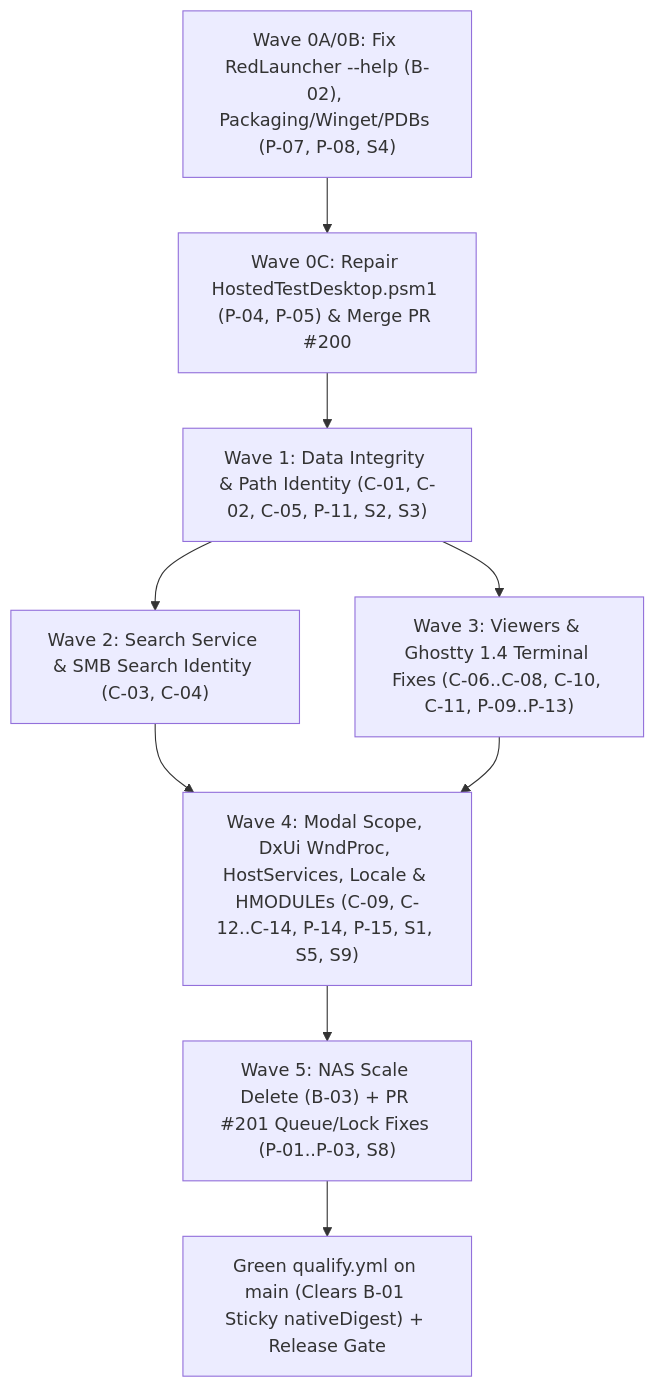
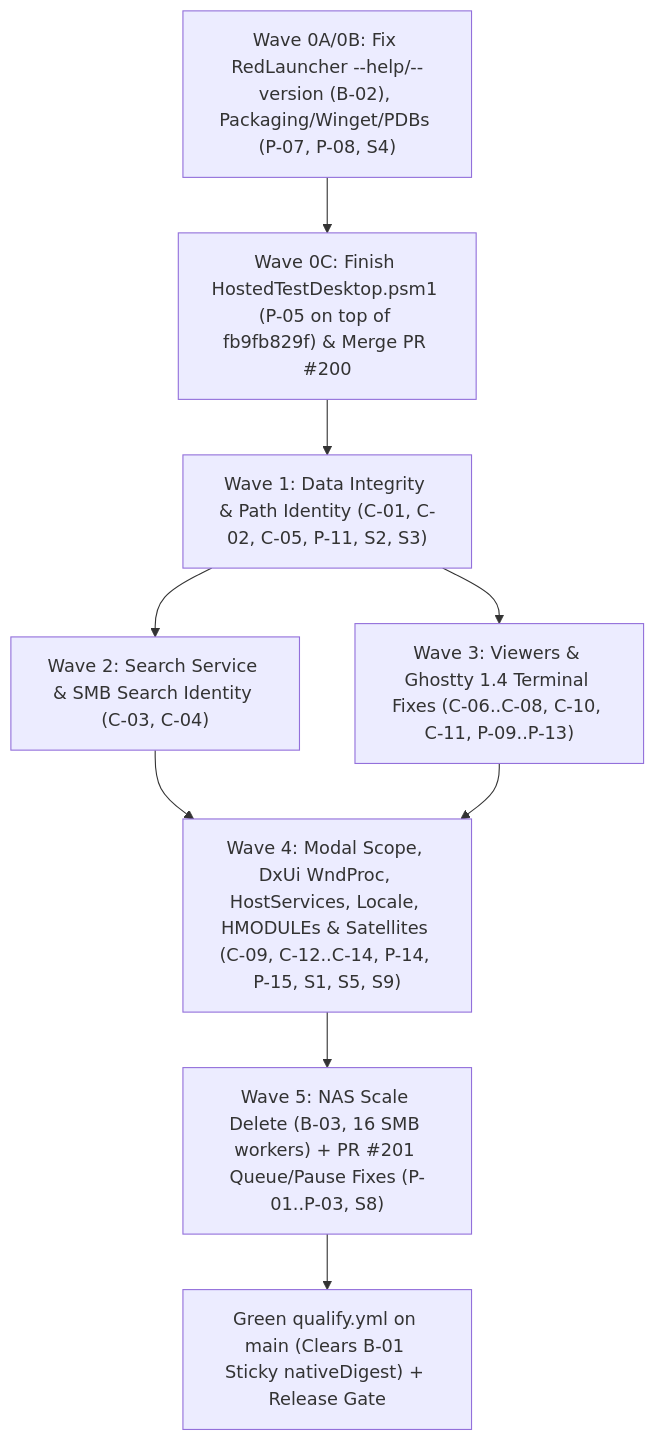
The diagram in Specs/Plans/WIP/PreProduction_ReadinessAndSimplification_2026-11-07.md (RedSalamanders/RedSalamander), drawn with Mermaid before and after one commit. The commit also changed other lines of this file and 2 other files, not shown here.

````diff
--- a/Specs/Plans/WIP/PreProduction_ReadinessAndSimplification_2026-11-07.md
+++ b/Specs/Plans/WIP/PreProduction_ReadinessAndSimplification_2026-11-07.md
@@ -55,11 +74,11 @@
 ```mermaid
 flowchart TD
-    W0A["Wave 0A/0B: Fix RedLauncher --help (B-02), Packaging/Winget/PDBs (P-07, P-08, S4)"] --> MergePR200["Wave 0C: Repair HostedTestDesktop.psm1 (P-04, P-05) & Merge PR #200"]
+    W0A["Wave 0A/0B: Fix RedLauncher --help/--version (B-02), Packaging/Winget/PDBs (P-07, P-08, S4)"] --> MergePR200["Wave 0C: Finish HostedTestDesktop.psm1 (P-05 on top of fb9fb829f) & Merge PR #200"]
     MergePR200 --> W1["Wave 1: Data Integrity & Path Identity (C-01, C-02, C-05, P-11, S2, S3)"]
     W1 --> W2["Wave 2: Search Service & SMB Search Identity (C-03, C-04)"]
     W1 --> W3["Wave 3: Viewers & Ghostty 1.4 Terminal Fixes (C-06..C-08, C-10, C-11, P-09..P-13)"]
-    W2 --> W4["Wave 4: Modal Scope, DxUi WndProc, HostServices, Locale & HMODULEs (C-09, C-12..C-14, P-14, P-15, S1, S5, S9)"]
+    W2 --> W4["Wave 4: Modal Scope, DxUi WndProc, HostServices, Locale, HMODULEs & Satellites (C-09, C-12..C-14, P-14, P-15, S1, S5, S9)"]
     W3 --> W4
-    W4 --> W5["Wave 5: NAS Scale Delete (B-03) + PR #201 Queue/Lock Fixes (P-01..P-03, S8)"]
+    W4 --> W5["Wave 5: NAS Scale Delete (B-03, 16 SMB workers) + PR #201 Queue/Pause Fixes (P-01..P-03, S8)"]
     W5 --> Qualify["Green qualify.yml on main (Clears B-01 Sticky nativeDigest) + Release Gate"]
 ```
````
